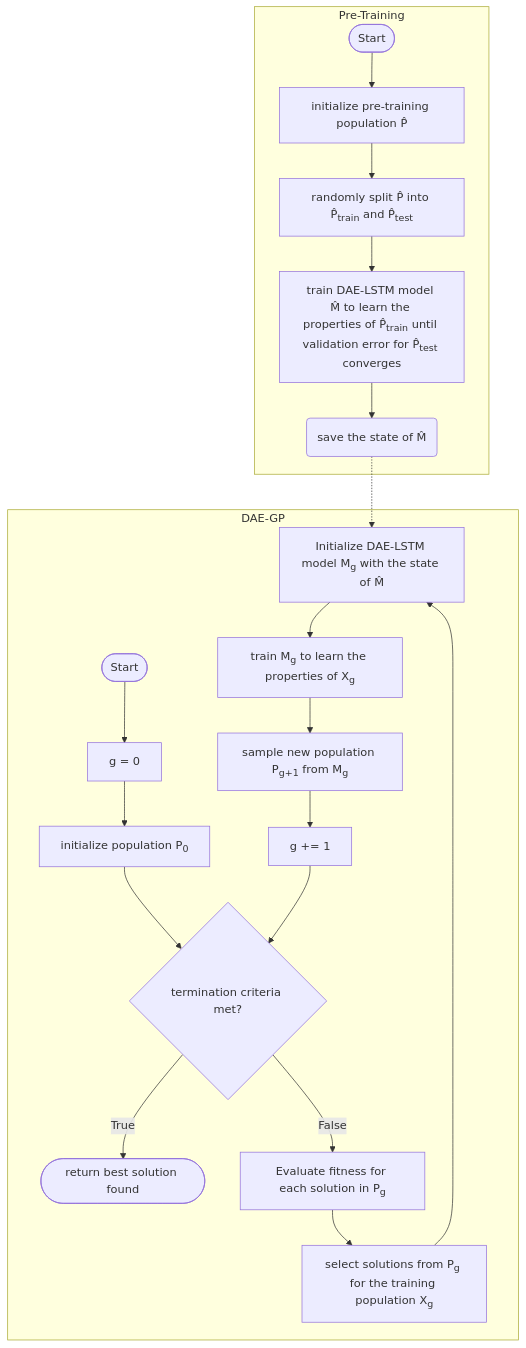
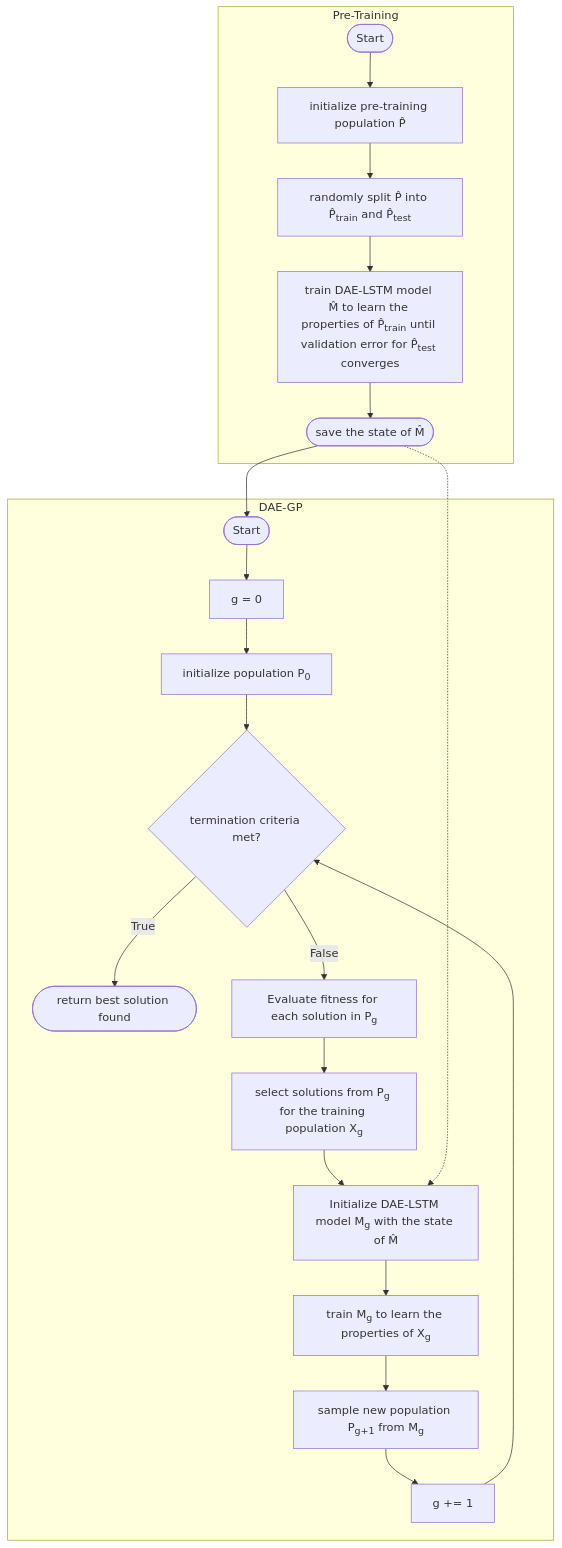
One commit to roman91DE/master_thesis changed the diagram in mermaid/pt-dae-gp .mmd. Above: the diagram before and after it, drawn with Mermaid. The commit also changed 2 other files, not shown here.

```diff
--- a/mermaid/pt-dae-gp .mmd
+++ b/mermaid/pt-dae-gp .mmd
@@ -1,39 +1,41 @@
 graph TD
     subgraph Pre-Training
         pt_start([Start])
         -->
         pt_init_pop[initialize pre-training population P&#770] 
         --> 
         pt_split_pop[randomly split P&#770 into P&#770<sub>train</sub> and P&#770<sub>test</sub>]
         -->
         pt_model_building[train DAE-LSTM model M&#770 to learn the properties of P&#770<sub>train</sub> until validation error for P&#770<sub>test</sub> converges]
         -->
-        pt_model_return(save the state of M&#770)
+        pt_model_return([save the state of M&#770])
     end
     subgraph DAE-GP
         start([Start])
         -->
         init_gen[g = 0] 
         -->
         init_pop[initialize population P<sub>0</sub>]
         -->
         main_loop{termination criteria holds?}
             --True--> 
                 return([return best solution found])
         main_loop{termination criteria met?}    
             --False--> 
                 fitness_eval[Evaluate fitness for each solution in P<sub>g</sub>]
                 --> 
                 selection[select solutions from P<sub>g</sub> for the training population X<sub>g</sub>]
                 --> 
                 model_loading[Initialize DAE-LSTM model M<sub>g</sub> with the state of M&#770]
                 -->
                 model_building[train M<sub>g</sub> to learn the properties of X<sub>g</sub>]
                 -->
                 model_sampling[sample new population P<sub>g+1</sub> from M<sub>g</sub>]
                 --> 
                 next_gen[g += 1]
                 -->
                 main_loop
-        pt_model_return -.-> model_loading
+        
     end
+    pt_model_return-->start
+    pt_model_return -.-> model_loading
```
